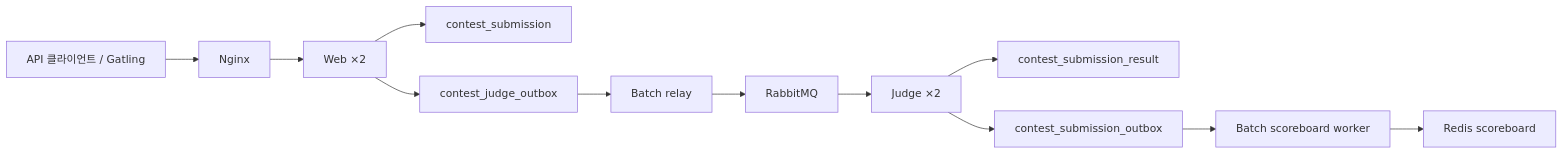
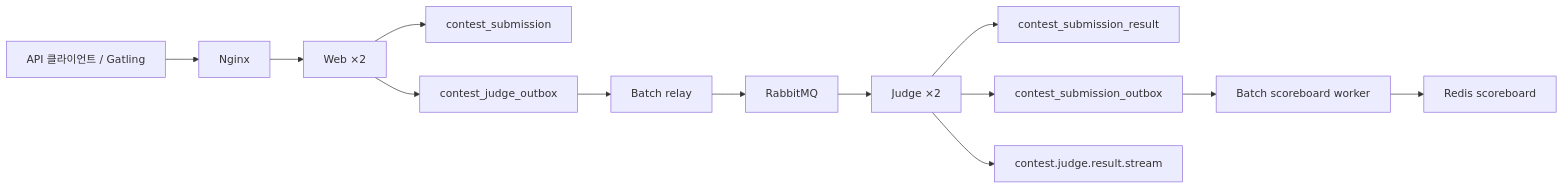
One commit to tmdrud0/web changed the diagram in docs/ARCHITECTURE.md. Above: the diagram before and after it, drawn with Mermaid. The commit also changed other lines of this file and 29 other files, not shown here.

Commit message:
feat: publish judge results to RabbitMQ stream

````diff
--- a/docs/ARCHITECTURE.md
+++ b/docs/ARCHITECTURE.md
@@ -17,14 +17,15 @@
 ```mermaid
 flowchart LR
     Client["API 클라이언트 / Gatling"] --> Nginx
     Nginx --> Web["Web ×2"]
     Web --> Submission["contest_submission"]
     Web --> JudgeOutbox["contest_judge_outbox"]
     JudgeOutbox --> Batch["Batch relay"]
     Batch --> RabbitMQ
     RabbitMQ --> Judge["Judge ×2"]
     Judge --> Result["contest_submission_result"]
     Judge --> ScoreOutbox["contest_submission_outbox"]
+    Judge --> ResultStream["contest.judge.result.stream"]
     ScoreOutbox --> ScoreBatch["Batch scoreboard worker"]
     ScoreBatch --> Redis["Redis scoreboard"]
 ```
````
